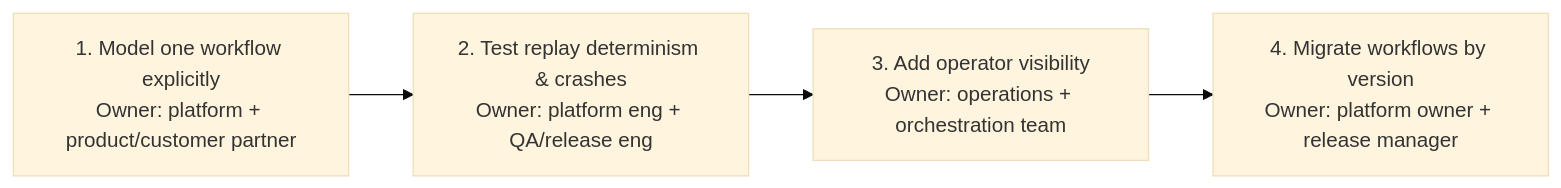
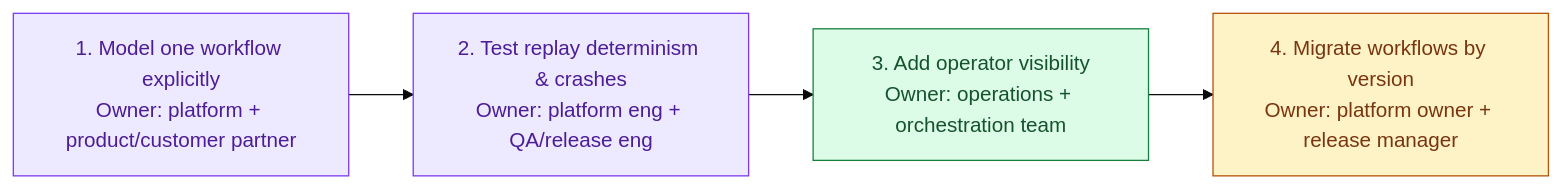
The diagram in 02_System_Design_Case_Studies/Standalone_Designs/23_Reliable_Workflow_Orchestration/3_Tutorial/23_Tutorial_Part_7.md (Sourav692/Forward-Deployed-Engineer-Interview-Prep), drawn with Mermaid (base theme) before and after one commit. The commit also changed 1268 other files, not shown here.

First line of the commit message:
content: polish Casebook writing and Mermaid diagrams (#251)

````diff
--- a/02_System_Design_Case_Studies/Standalone_Designs/23_Reliable_Workflow_Orchestration/3_Tutorial/23_Tutorial_Part_7.md
+++ b/02_System_Design_Case_Studies/Standalone_Designs/23_Reliable_Workflow_Orchestration/3_Tutorial/23_Tutorial_Part_7.md
@@ -89,6 +89,14 @@
 ```mermaid
 flowchart LR
   A["1. Model one workflow explicitly\nOwner: platform + product/customer partner"] --> B["2. Test replay determinism & crashes\nOwner: platform eng + QA/release eng"]
   B --> C["3. Add operator visibility\nOwner: operations + orchestration team"]
   C --> D["4. Migrate workflows by version\nOwner: platform owner + release manager"]
+
+    %% Casebook colours: entry, reasoning, results, controls, and stopped paths.
+    classDef cbReason fill:#ede9fe,stroke:#7c3aed,color:#4c1d95
+    class A,B cbReason
+    classDef cbAction fill:#dcfce7,stroke:#15803d,color:#14532d
+    class C cbAction
+    classDef cbPolicy fill:#fef3c7,stroke:#b45309,color:#78350f
+    class D cbPolicy
 ```
````
